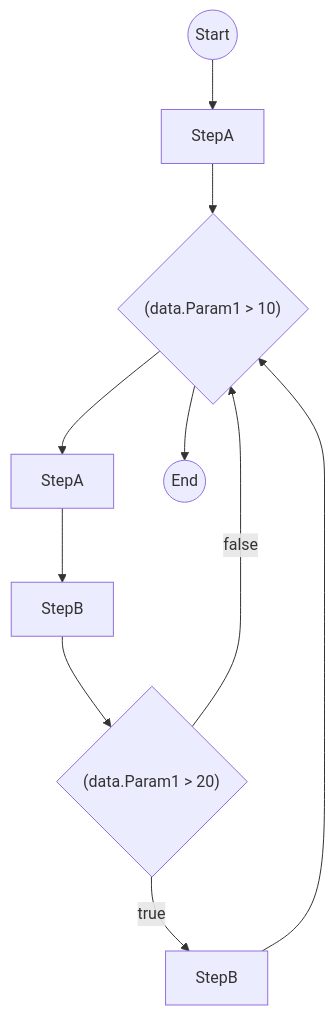
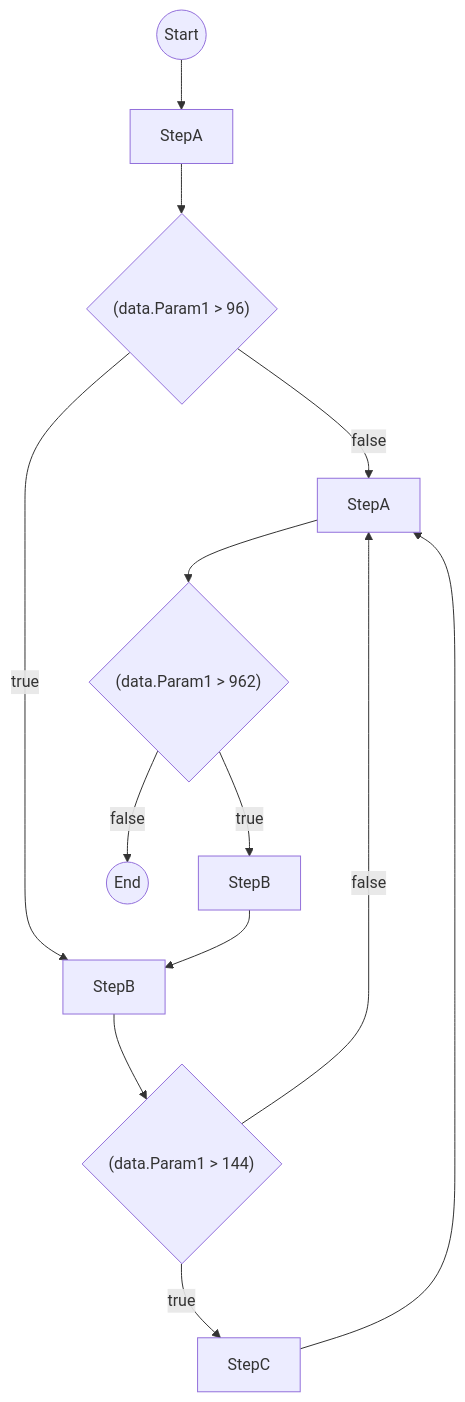
Before and after one commit to step-flow-platform/workflow-core-flowchart: the diagram in src/WorkflowCoreFlowchart.Tests/flowchart.md, drawn with Mermaid. The commit also changed 11 other files, not shown here.

````diff
--- a/src/WorkflowCoreFlowchart.Tests/flowchart.md
+++ b/src/WorkflowCoreFlowchart.Tests/flowchart.md
@@ -1,21 +1,26 @@
 ```mermaid
 flowchart TB
 startNode((Start))
 0[StepA]
-1{"(data.Param1 > 10)"}
-2[StepA]
-3[StepB]
-4{"(data.Param1 > 20)"}
-5[StepB]
-6((End))
+1{"(data.Param1 > 96)"}
+2[StepB]
+3{"(data.Param1 > 144)"}
+4[StepC]
+5[StepA]
+6{"(data.Param1 > 962)"}
+7[StepB]
+8((End))
 
 startNode --> 0
 0 --> 1
-1 --> 6
-1 --> 2
+1 -->|false| 5
+1 -->|true| 2
 2 --> 3
-3 --> 4
-4 -->|false| 1
-4 -->|true| 5
-5 --> 1
+3 -->|false| 5
+3 -->|true| 4
+4 --> 5
+5 --> 6
+6 -->|false| 8
+6 -->|true| 7
+7 --> 2
 ```
````
